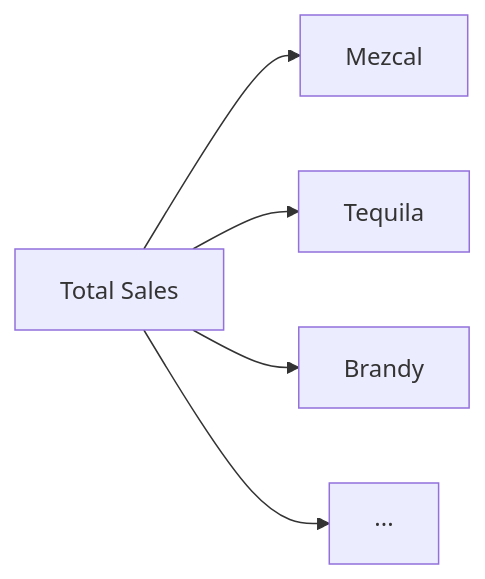
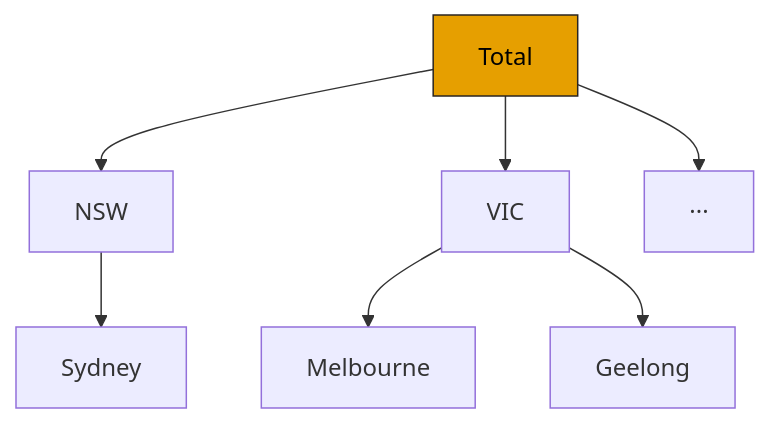
The seventh of 8 diagrams in docs/modules/module_4/04_hierarchical/hierarchical.qmd (pbenavidesh/narsil), drawn with Mermaid before and after one commit. The commit also changed other lines of this file and 63 other files, not shown here.

Commit message:
Rebuild hierarchical reconciliation section around toy example; add CV, weight-on-total figure, backup matrix slides

````diff
--- a/docs/modules/module_4/04_hierarchical/hierarchical.qmd
+++ b/docs/modules/module_4/04_hierarchical/hierarchical.qmd
@@ -176,13 +801,21 @@
 ```{mermaid}
-graph LR
-    T["Total Sales"]
-    M["Mezcal"]
-    TQ["Tequila"]
-    B["Brandy"]
-    E["···"]
+%%| echo: false
+graph TD
+    TOT["Total"]
+    NSW["NSW"]
+    VIC["VIC"]
+    ETC["···"]
+    SYD["Sydney"]
+    MEL["Melbourne"]
+    GEE["Geelong"]
 
-    T --> M
-    T --> TQ
-    T --> B
-    T --> E
+    TOT --> NSW
+    TOT --> VIC
+    TOT --> ETC
+    NSW --> SYD
+    VIC --> MEL
+    VIC --> GEE
+
+    classDef fc fill:#E69F00,stroke:#2A2520,color:#000
+    class TOT fc
 ```
````
